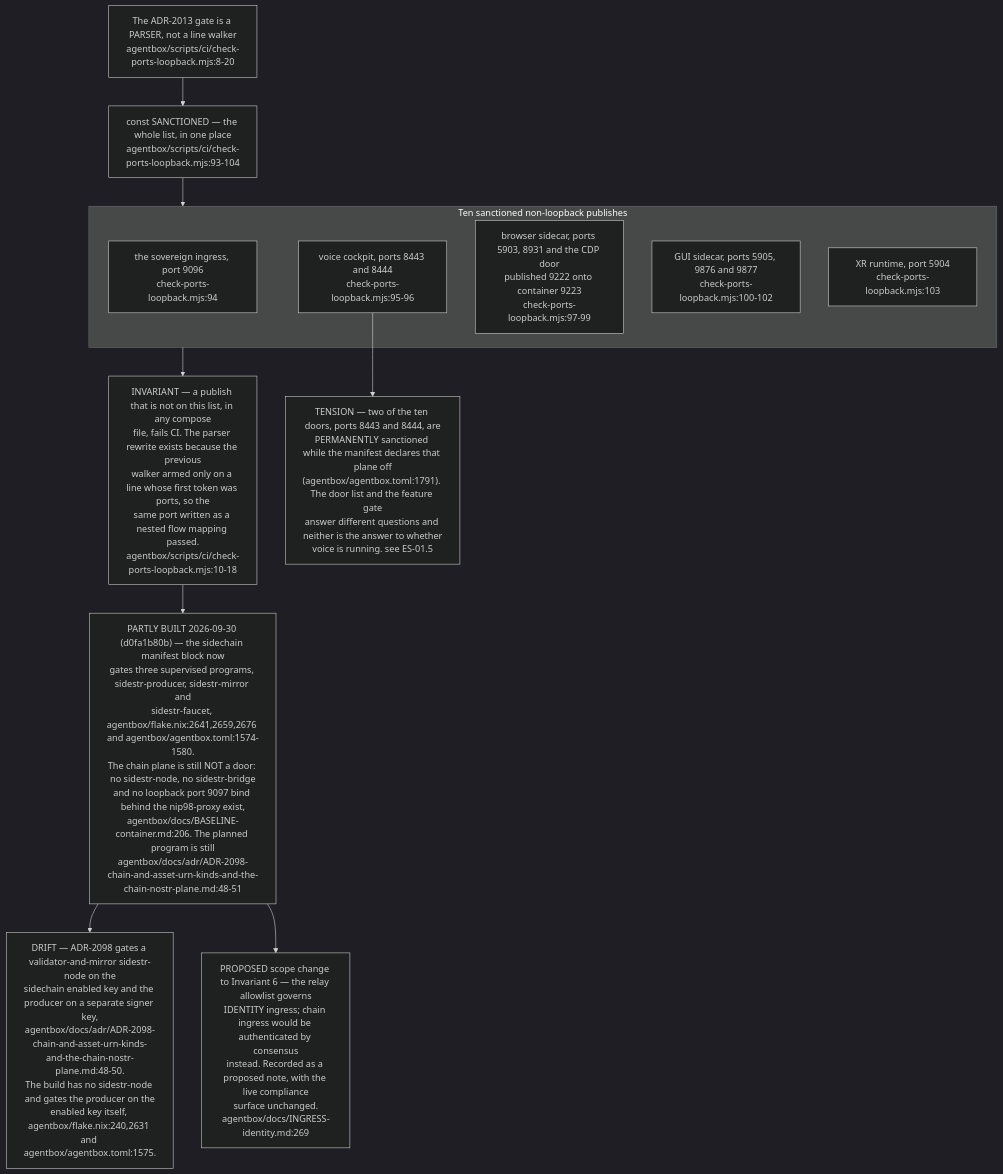
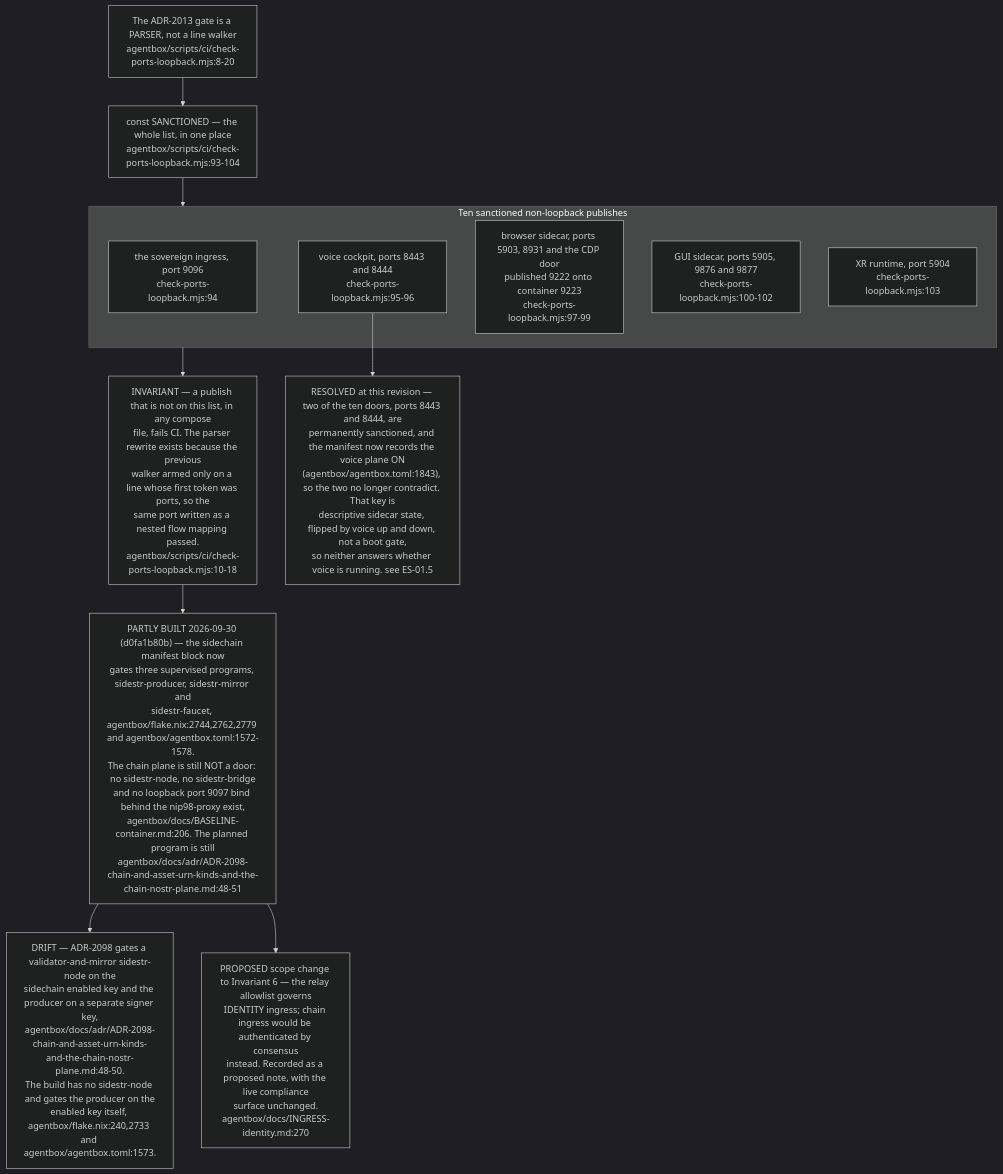
One commit to DreamLab-AI/VisionFlow changed diagram 11 of 11 in docs/diagrams/estate/10-deployment-and-security-profiles.md. Above: the diagram before and after it, drawn with Mermaid (dark theme). The commit also changed other lines of this file and 14 other files, not shown here.

First line of the commit message:
docs(diagrams): custody role isolation — new AB-36, re-stamp 11 topics at the custody integration head

````diff
--- a/docs/diagrams/estate/10-deployment-and-security-profiles.md
+++ b/docs/diagrams/estate/10-deployment-and-security-profiles.md
@@ -391,29 +436,29 @@
 ```mermaid
 flowchart TB
     GATE["The ADR-2013 gate is a PARSER, not a line walker<br/>agentbox/scripts/ci/check-ports-loopback.mjs:8-20"]
     LIST["const SANCTIONED — the whole list, in one place<br/>agentbox/scripts/ci/check-ports-loopback.mjs:93-104"]
     GATE --> LIST
 
     subgraph DOORS["Ten sanctioned non-loopback publishes"]
         D0["the sovereign ingress, port 9096<br/>check-ports-loopback.mjs:94"]
         D1["voice cockpit, ports 8443 and 8444<br/>check-ports-loopback.mjs:95-96"]
         D2["browser sidecar, ports 5903, 8931 and the CDP door<br/>published 9222 onto container 9223<br/>check-ports-loopback.mjs:97-99"]
         D3["GUI sidecar, ports 5905, 9876 and 9877<br/>check-ports-loopback.mjs:100-102"]
         D4["XR runtime, port 5904<br/>check-ports-loopback.mjs:103"]
     end
     LIST --> DOORS
 
     INV["INVARIANT — a publish that is not on this list, in any compose<br/>file, fails CI. The parser rewrite exists because the previous<br/>walker armed only on a line whose first token was ports, so the<br/>same port written as a nested flow mapping passed.<br/>agentbox/scripts/ci/check-ports-loopback.mjs:10-18"]
     DOORS --> INV
 
-    PROP["PARTLY BUILT 2026-09-30 (d0fa1b80b) — the sidechain manifest block now<br/>gates three supervised programs, sidestr-producer, sidestr-mirror and<br/>sidestr-faucet, agentbox/flake.nix:2641,2659,2676 and agentbox/agentbox.toml:1574-1580.<br/>The chain plane is still NOT a door: no sidestr-node, no sidestr-bridge<br/>and no loopback port 9097 bind behind the nip98-proxy exist,<br/>agentbox/docs/BASELINE-container.md:206. The planned program is still<br/>agentbox/docs/adr/ADR-2098-chain-and-asset-urn-kinds-and-the-chain-nostr-plane.md:48-51"]
+    PROP["PARTLY BUILT 2026-09-30 (d0fa1b80b) — the sidechain manifest block now<br/>gates three supervised programs, sidestr-producer, sidestr-mirror and<br/>sidestr-faucet, agentbox/flake.nix:2744,2762,2779 and agentbox/agentbox.toml:1572-1578.<br/>The chain plane is still NOT a door: no sidestr-node, no sidestr-bridge<br/>and no loopback port 9097 bind behind the nip98-proxy exist,<br/>agentbox/docs/BASELINE-container.md:206. The planned program is still<br/>agentbox/docs/adr/ADR-2098-chain-and-asset-urn-kinds-and-the-chain-nostr-plane.md:48-51"]
     INV --> PROP
-    GATEDRIFT["DRIFT — ADR-2098 gates a validator-and-mirror sidestr-node on the<br/>sidechain enabled key and the producer on a separate signer key,<br/>agentbox/docs/adr/ADR-2098-chain-and-asset-urn-kinds-and-the-chain-nostr-plane.md:48-50.<br/>The build has no sidestr-node and gates the producer on the<br/>enabled key itself, agentbox/flake.nix:240,2631 and agentbox/agentbox.toml:1575."]
+    GATEDRIFT["DRIFT — ADR-2098 gates a validator-and-mirror sidestr-node on the<br/>sidechain enabled key and the producer on a separate signer key,<br/>agentbox/docs/adr/ADR-2098-chain-and-asset-urn-kinds-and-the-chain-nostr-plane.md:48-50.<br/>The build has no sidestr-node and gates the producer on the<br/>enabled key itself, agentbox/flake.nix:240,2733 and agentbox/agentbox.toml:1573."]
     PROP --> GATEDRIFT
 
-    NARROW["PROPOSED scope change to Invariant 6 — the relay allowlist governs<br/>IDENTITY ingress; chain ingress would be authenticated by consensus<br/>instead. Recorded as a proposed note, with the live compliance<br/>surface unchanged.<br/>agentbox/docs/INGRESS-identity.md:269"]
+    NARROW["PROPOSED scope change to Invariant 6 — the relay allowlist governs<br/>IDENTITY ingress; chain ingress would be authenticated by consensus<br/>instead. Recorded as a proposed note, with the live compliance<br/>surface unchanged.<br/>agentbox/docs/INGRESS-identity.md:270"]
     PROP --> NARROW
 
-    TENSION["TENSION — two of the ten doors, ports 8443 and 8444, are<br/>PERMANENTLY sanctioned while the manifest declares that plane off<br/>(agentbox/agentbox.toml:1791). The door list and the feature gate<br/>answer different questions and neither is the answer to whether<br/>voice is running. see ES-01.5"]
+    TENSION["RESOLVED at this revision — two of the ten doors, ports 8443 and 8444, are<br/>permanently sanctioned, and the manifest now records the voice plane ON<br/>(agentbox/agentbox.toml:1843), so the two no longer contradict. That key is<br/>descriptive sidecar state, flipped by voice up and down, not a boot gate,<br/>so neither answers whether voice is running. see ES-01.5"]
     D1 --> TENSION
 ```
````
